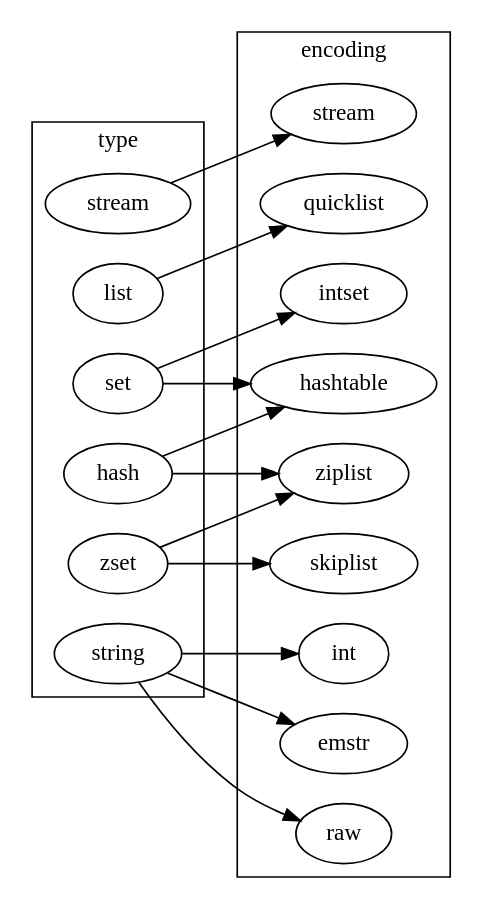
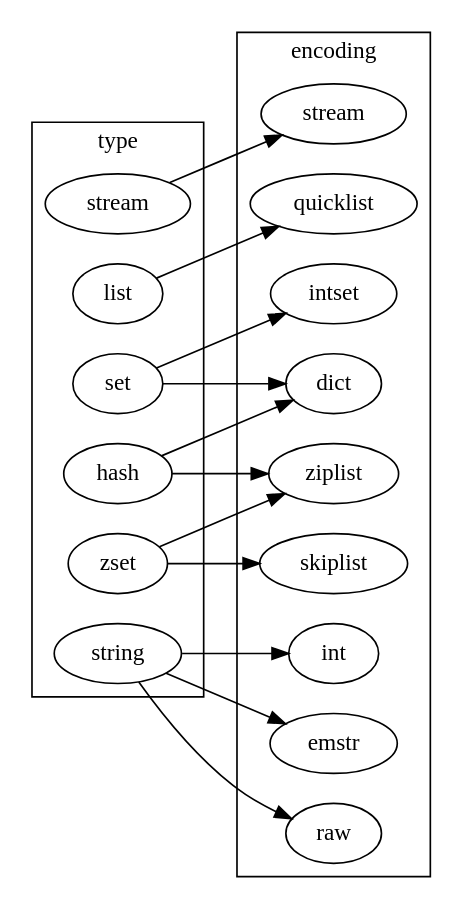
The diagram in docs/CS/DB/Redis/struct.md (Robinpig/Note), drawn with Graphviz before and after one commit. The commit also changed 7 other files, not shown here.

````diff
--- a/docs/CS/DB/Redis/struct.md
+++ b/docs/CS/DB/Redis/struct.md
@@ -62,39 +62,39 @@
 ```dot
 strict digraph  {
 autosize=false;
 
 rankdir=LR;
 
   subgraph cluster_Type {
         label="type"
       
         {rank="same";stream;list;set;hash;zset;string;}
   }
 
   subgraph cluster_Encoding {
       label="encoding"
       stream_encoding[label="stream"]
  
-    {rank="same";quicklist;intset;hashtable;ziplist;skiplist;int;emstr;raw;stream_encoding;}
+    {rank="same";quicklist;intset;dict;ziplist;skiplist;int;emstr;raw;stream_encoding;}
   }
   
  list -> quicklist;
 
  set -> intset;
- set -> hashtable;
+ set -> dict;
  
- hash -> hashtable;
+ hash -> dict;
  hash -> ziplist;
 
  zset -> ziplist;
  zset -> skiplist; 
  
  string -> int;
  string -> emstr;
  string -> raw;
  
  stream -> stream_encoding;
   
 
 }
 ```
````
